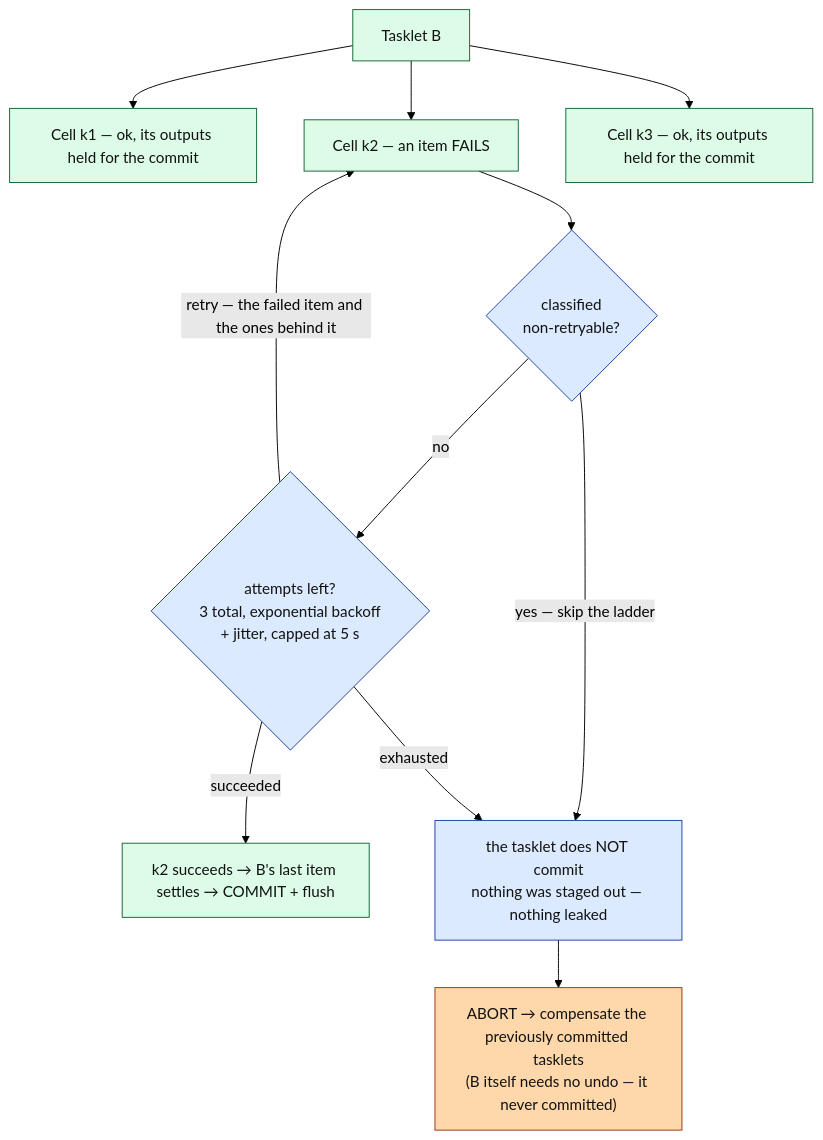
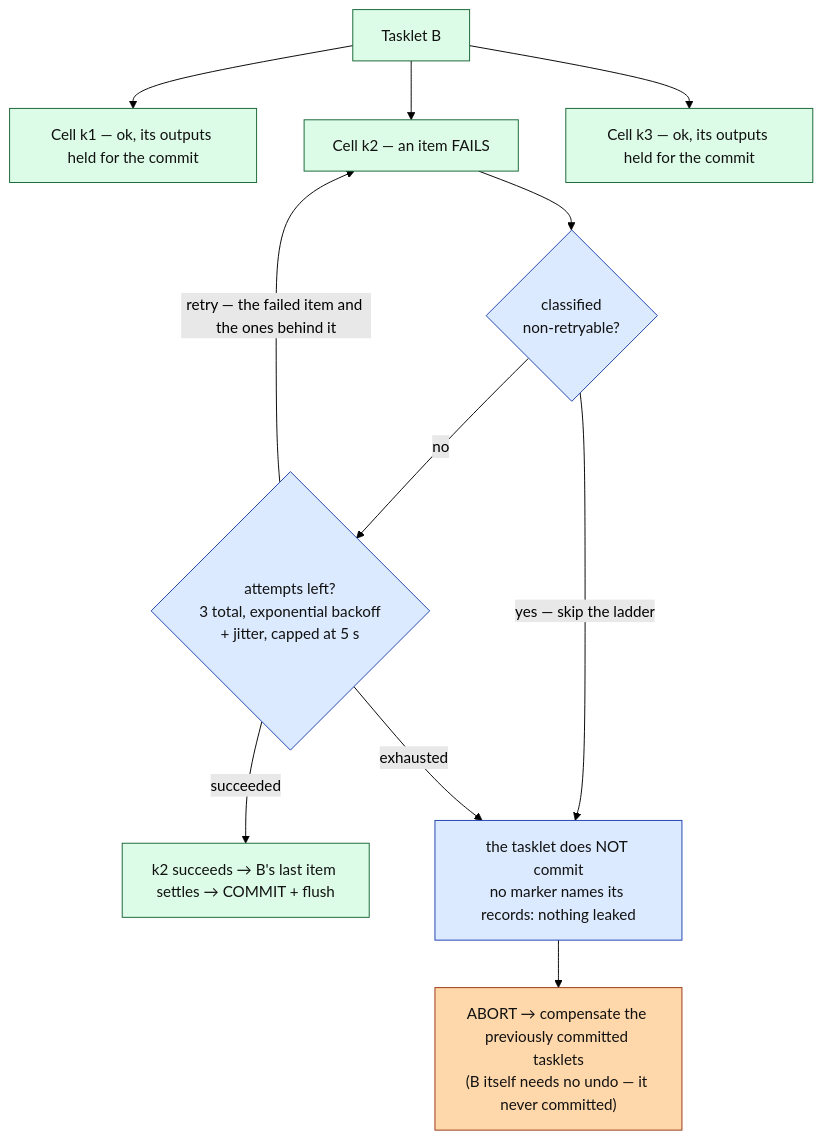
Before and after one commit to Flezha/flezha: the fourth of 8 diagrams in docs/architecture/workflow_profile.md, drawn with Mermaid (forest theme). The commit also changed other lines of this file and 72 other files, not shown here.

First line of the commit message:
Commit a workflow stage through its Cells' own records

````diff
--- a/docs/architecture/workflow_profile.md
+++ b/docs/architecture/workflow_profile.md
@@ -204,27 +218,27 @@
 ```mermaid
 flowchart TB
     B["Tasklet B"]:::exec
     K1["Cell k1 — ok, its outputs held for the commit"]:::exec
     K2["Cell k2 — an item FAILS"]:::exec
     K3["Cell k3 — ok, its outputs held for the commit"]:::exec
     RT{"attempts left?<br/>3 total, exponential backoff<br/>+ jitter, capped at 5 s"}:::ctrl
     NR{"classified<br/>non-retryable?"}:::ctrl
     OK["k2 succeeds → B's last item settles → COMMIT + flush"]:::exec
-    FAIL["the tasklet does NOT commit<br/>nothing was staged out — nothing leaked"]:::ctrl
+    FAIL["the tasklet does NOT commit<br/>no marker names its records: nothing leaked"]:::ctrl
     ABORT["ABORT → compensate the previously committed tasklets<br/>(B itself needs no undo — it never committed)"]:::sink
 
     B --> K1
     B --> K2
     B --> K3
     K2 --> NR
     NR -->|"yes — skip the ladder"| FAIL
     NR -->|"no"| RT
     RT -->|"retry — the failed item and the ones behind it"| K2
     RT -->|"succeeded"| OK
     RT -->|"exhausted"| FAIL
     FAIL --> ABORT
 
     classDef ctrl fill:#dbeafe,stroke:#1e40af,color:#111
     classDef exec fill:#dcfce7,stroke:#166534,color:#111
     classDef sink fill:#fed7aa,stroke:#9a3412,color:#111
 ```
````
